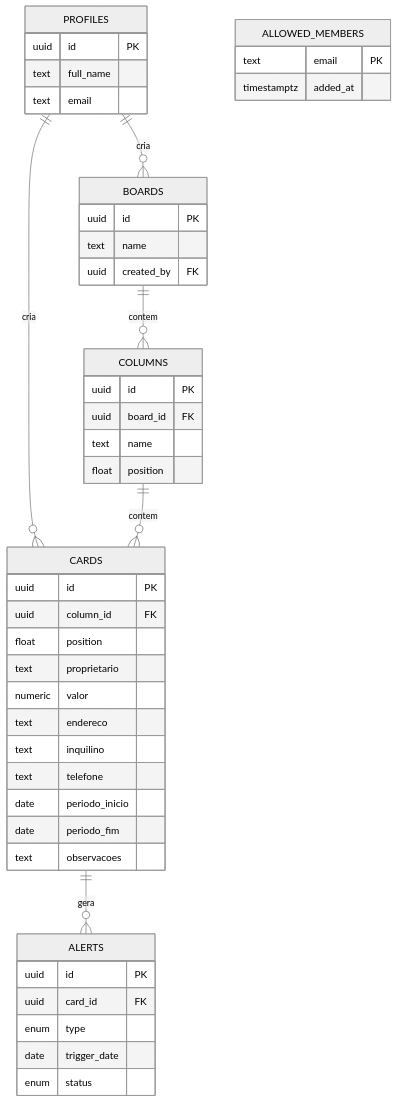
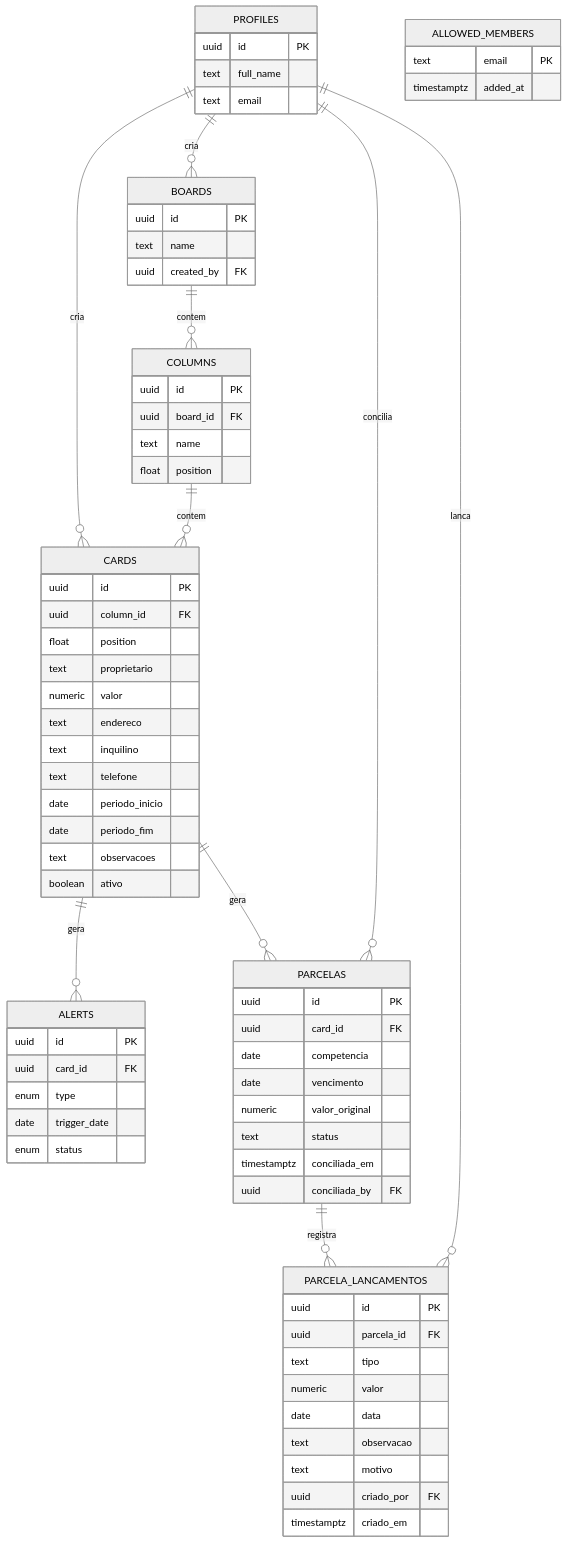
Before and after one commit to Vict0Rocha/kanban_gestao_aluguel: the diagram in docs/data-model.md, drawn with Mermaid (neutral theme). The commit also changed other lines of this file, not shown here.

Commit message:
docs(04-04): documentar parcelas e parcela_lancamentos no diagrama
- Diagrama Mermaid: blocos PARCELAS e PARCELA_LANCAMENTOS, coluna
  ativo em CARDS, quatro relacionamentos novos
- Secao Entidades: paragrafos para parcelas e parcela_lancamentos
- Bullets de RLS por allowlist e Validacao de dados ampliados para
  cobrir as duas tabelas financeiras

````diff
--- a/docs/data-model.md
+++ b/docs/data-model.md
@@ -5,49 +5,75 @@
 ```mermaid
 erDiagram
     PROFILES ||--o{ BOARDS : cria
     PROFILES ||--o{ CARDS : cria
     BOARDS ||--o{ COLUMNS : contem
     COLUMNS ||--o{ CARDS : contem
     CARDS ||--o{ ALERTS : gera
+    CARDS ||--o{ PARCELAS : gera
+    PARCELAS ||--o{ PARCELA_LANCAMENTOS : registra
+    PROFILES ||--o{ PARCELAS : concilia
+    PROFILES ||--o{ PARCELA_LANCAMENTOS : lanca
 
     PROFILES {
         uuid id PK
         text full_name
         text email
     }
     BOARDS {
         uuid id PK
         text name
         uuid created_by FK
     }
     COLUMNS {
         uuid id PK
         uuid board_id FK
         text name
         float position
     }
     CARDS {
         uuid id PK
         uuid column_id FK
         float position
         text proprietario
         numeric valor
         text endereco
         text inquilino
         text telefone
         date periodo_inicio
         date periodo_fim
         text observacoes
+        boolean ativo
     }
     ALERTS {
         uuid id PK
         uuid card_id FK
         enum type
         date trigger_date
         enum status
     }
+    PARCELAS {
+        uuid id PK
+        uuid card_id FK
+        date competencia
+        date vencimento
+        numeric valor_original
+        text status
+        timestamptz conciliada_em
+        uuid conciliada_by FK
+    }
+    PARCELA_LANCAMENTOS {
+        uuid id PK
+        uuid parcela_id FK
+        text tipo
+        numeric valor
+        date data
+        text observacao
+        text motivo
+        uuid criado_por FK
+        timestamptz criado_em
+    }
     ALLOWED_MEMBERS {
         text email PK
         timestamptz added_at
     }
 ```
````
